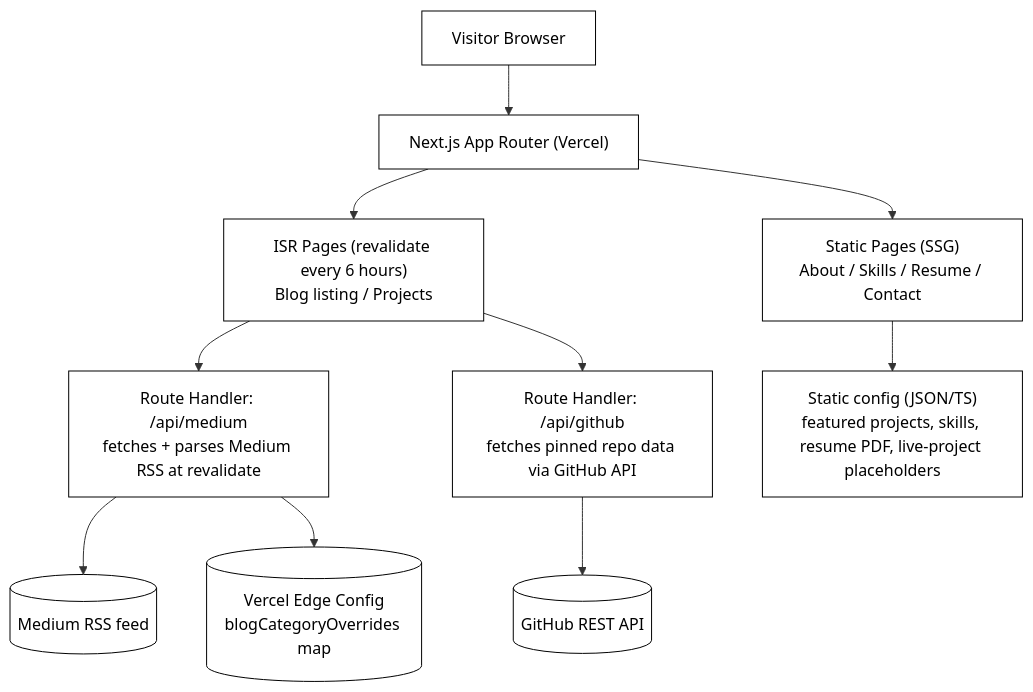
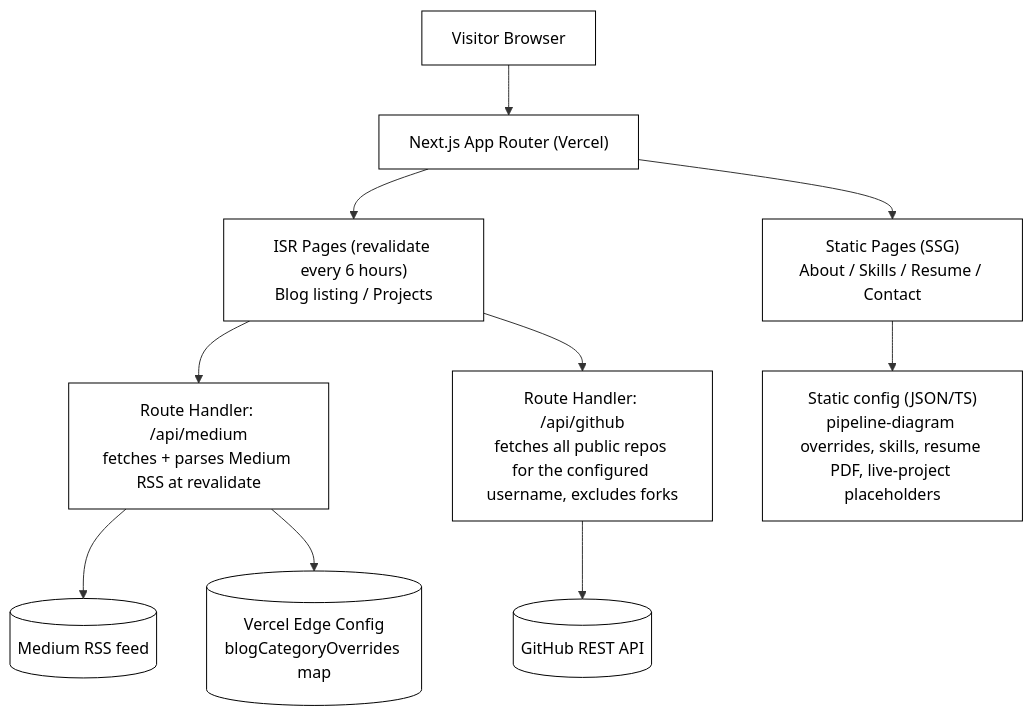
Before and after one commit to nadeem4/portfolio: the diagram in docs/superpowers/specs/2026-08-11-portfolio-website-design.md, drawn with Mermaid. The commit also changed other lines of this file, not shown here.

First line of the commit message:
Update design spec: GitHub projects now auto-pulled, not curated

````diff
--- a/docs/superpowers/specs/2026-08-11-portfolio-website-design.md
+++ b/docs/superpowers/specs/2026-08-11-portfolio-website-design.md
@@ -31,15 +31,15 @@
 ```mermaid
 flowchart TD
     A["Visitor Browser"] --> B["Next.js App Router (Vercel)"]
     B --> C["Static Pages (SSG)<br/>About / Skills / Resume / Contact"]
     B --> D["ISR Pages (revalidate every 6 hours)<br/>Blog listing / Projects"]
     D --> E["Route Handler: /api/medium<br/>fetches + parses Medium RSS at revalidate"]
-    D --> F["Route Handler: /api/github<br/>fetches pinned repo data via GitHub API"]
-    C --> G["Static config (JSON/TS)<br/>featured projects, skills, resume PDF, live-project placeholders"]
+    D --> F["Route Handler: /api/github<br/>fetches all public repos for the configured username, excludes forks"]
+    C --> G["Static config (JSON/TS)<br/>pipeline-diagram overrides, skills, resume PDF, live-project placeholders"]
     E --> H[("Medium RSS feed")]
     F --> I[("GitHub REST API")]
     E --> J[("Vercel Edge Config<br/>blogCategoryOverrides map")]
 
     classDef node fill:#fff,stroke:#000,color:#000;
     class A,B,C,D,E,F,G,H,I,J node;
 ```
````
